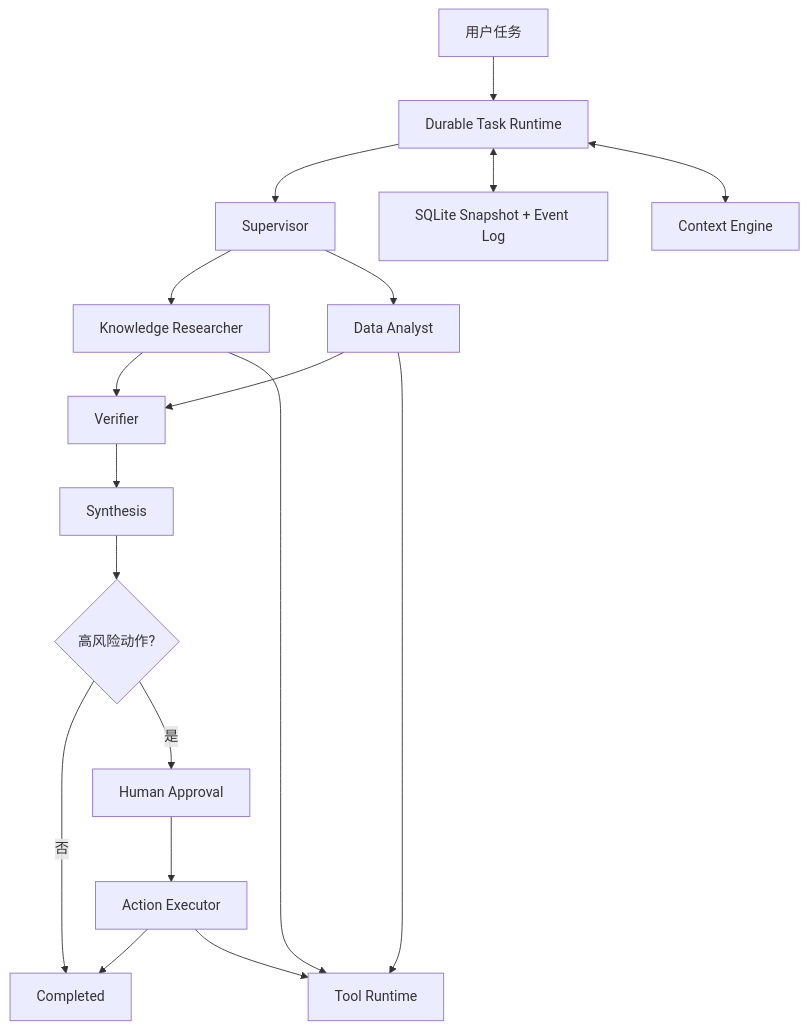
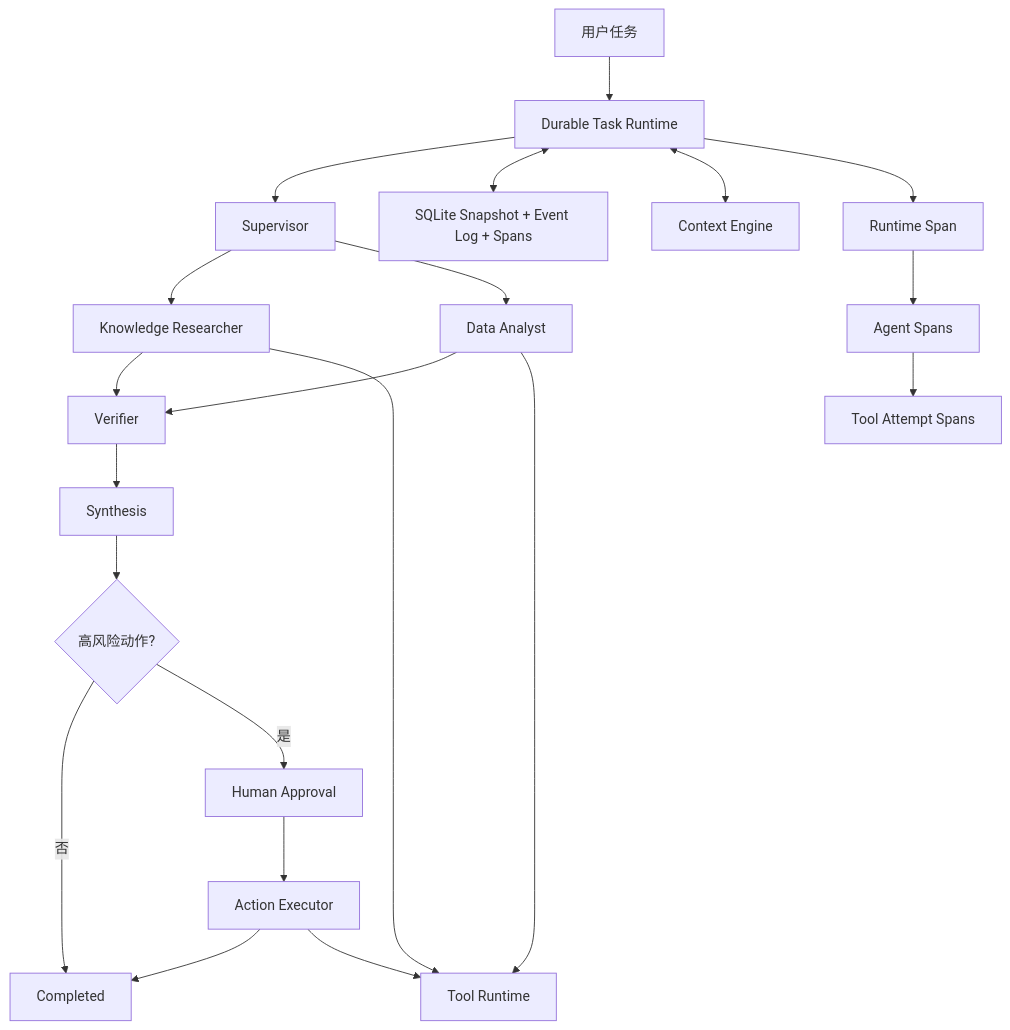
One commit to WeSsZz/AI-Engineer-Roadmap-2026 changed the first of 2 diagrams in projects/enterprise-agent/architecture.md. Above: the diagram before and after it, drawn with Mermaid. The commit also changed other lines of this file and 12 other files, not shown here.

````diff
--- a/projects/enterprise-agent/architecture.md
+++ b/projects/enterprise-agent/architecture.md
@@ -20,21 +20,24 @@
 ```mermaid
 flowchart TD
     U["用户任务"] --> R["Durable Task Runtime"]
     R --> S["Supervisor"]
     S --> K["Knowledge Researcher"]
     S --> D["Data Analyst"]
     K --> V["Verifier"]
     D --> V
     V --> Y["Synthesis"]
     Y --> A{"高风险动作?"}
     A -->|否| C["Completed"]
     A -->|是| H["Human Approval"]
     H --> X["Action Executor"]
     X --> C
 
-    R <--> DB["SQLite Snapshot + Event Log"]
+    R <--> DB["SQLite Snapshot + Event Log + Spans"]
     R <--> CTX["Context Engine"]
     K --> TG["Tool Runtime"]
     D --> TG
     X --> TG
+    R --> TR["Runtime Span"]
+    TR --> AS["Agent Spans"]
+    AS --> TS["Tool Attempt Spans"]
 ```
````
